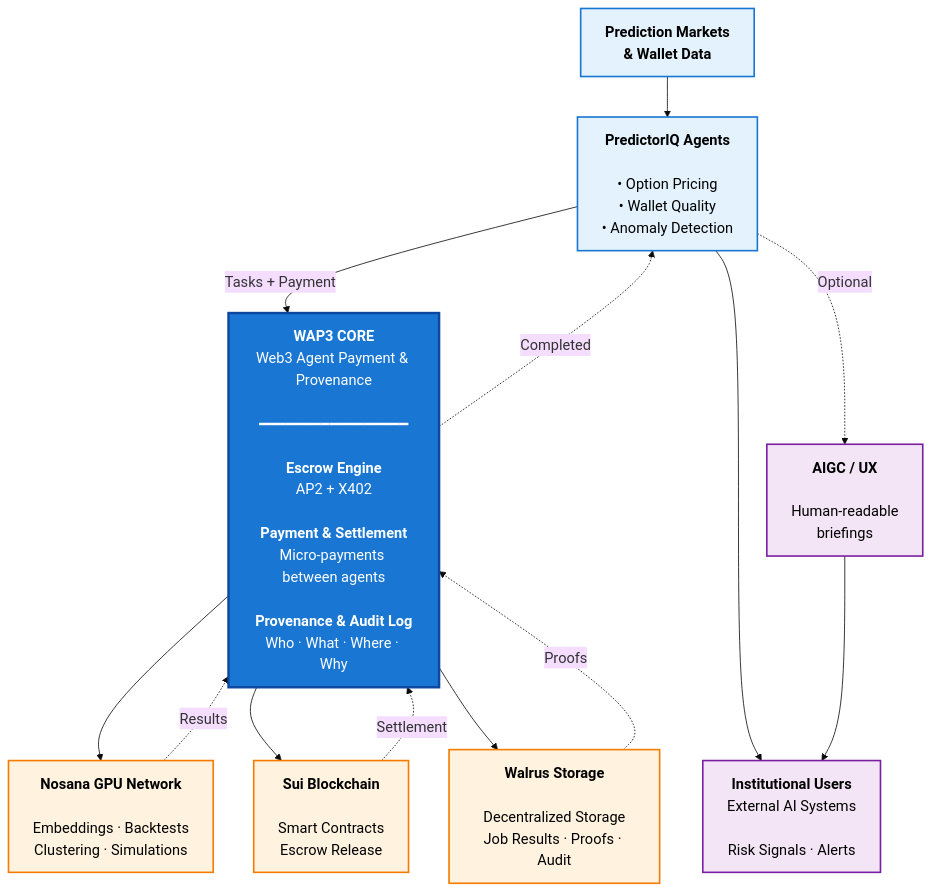
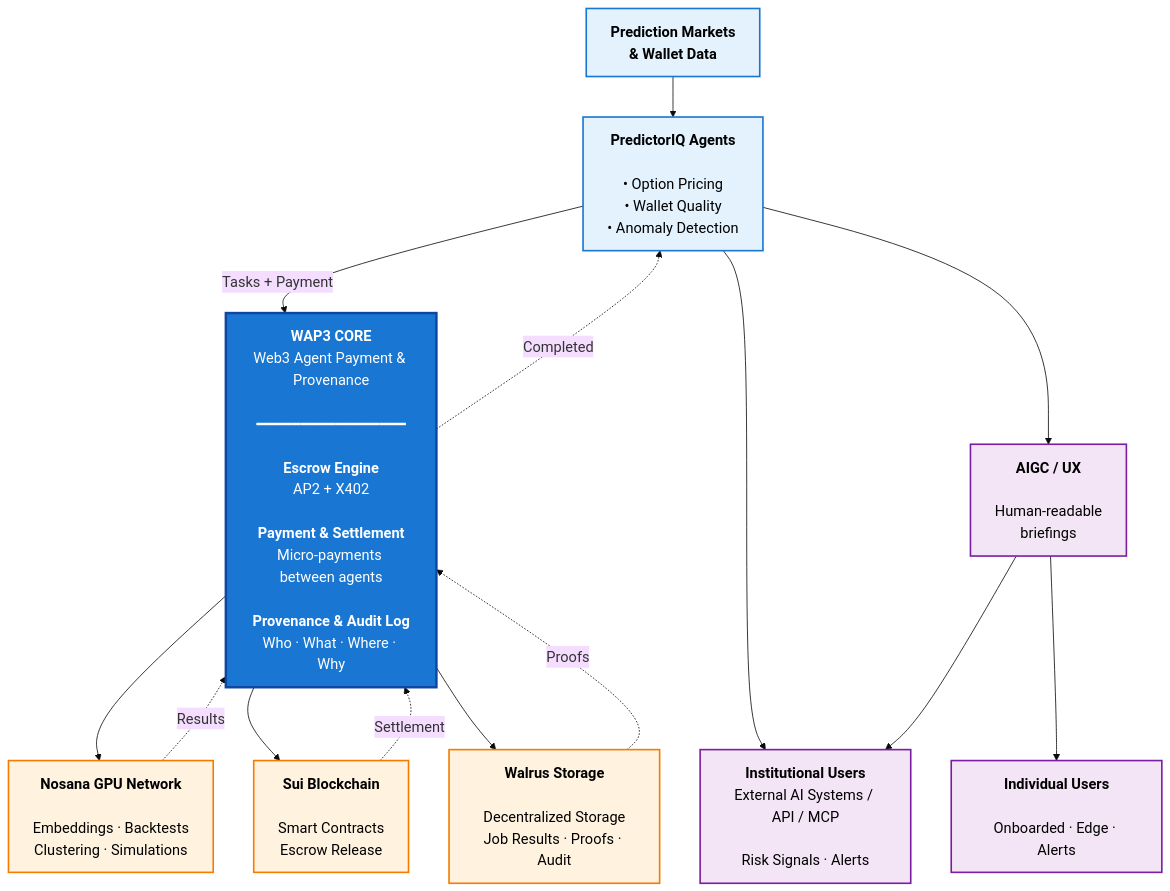
One commit to nelsonjingusc/wap3-agent-payment-poc changed the diagram in docs/ARCHITECTURE_OVERVIEW.md. Above: the diagram before and after it, drawn with Mermaid. The commit also changed 3 other files, not shown here.

````diff
--- a/docs/ARCHITECTURE_OVERVIEW.md
+++ b/docs/ARCHITECTURE_OVERVIEW.md
@@ -9,35 +9,36 @@
 ```mermaid
 %%{init: {'theme':'base', 'themeVariables': { 'fontSize':'18px', 'fontFamily':'arial'}}}%%
 flowchart TD
     %% Define styles
     classDef product fill:#e3f2fd,stroke:#1976d2,stroke-width:2px,color:#000
     classDef wap3 fill:#1976d2,stroke:#0d47a1,stroke-width:3px,color:#fff
     classDef infra fill:#fff3e0,stroke:#f57c00,stroke-width:2px,color:#000
     classDef user fill:#f3e5f5,stroke:#7b1fa2,stroke-width:2px,color:#000
     
     %% Top Layer
     PM["<b>Prediction Markets<br/>& Wallet Data</b>"]:::product
     
     PM --> PA["<b>PredictorIQ Agents</b><br/><br/>• Option Pricing<br/>• Wallet Quality<br/>• Anomaly Detection"]:::product
     
     %% Middle Layer - WAP3 Core
     PA -->|Tasks + Payment| WAP3["<b>WAP3 CORE</b><br/>Web3 Agent Payment & Provenance<br/><br/>━━━━━━━━━━━━━━━━━<br/><br/><b>Escrow Engine</b><br/>AP2 + X402<br/><br/><b>Payment & Settlement</b><br/>Micro-payments between agents<br/><br/><b>Provenance & Audit Log</b><br/>Who · What · Where · Why"]:::wap3
     
     %% Bottom Layer - Infrastructure
     WAP3 --> NOSANA["<b>Nosana GPU Network</b><br/><br/>Embeddings · Backtests<br/>Clustering · Simulations"]:::infra
     WAP3 --> CHAIN["<b>Sui Blockchain</b><br/><br/>Smart Contracts<br/>Escrow Release"]:::infra
     WAP3 --> STORE["<b>Walrus Storage</b><br/><br/>Decentralized Storage<br/>Job Results · Proofs · Audit"]:::infra
     
     %% Return flows
     NOSANA -.Results.-> WAP3
     CHAIN -.Settlement.-> WAP3
     STORE -.Proofs.-> WAP3
     
     %% Output to users
     WAP3 -.Completed.-> PA
-    PA --> USERS["<b>Institutional Users</b><br/>External AI Systems<br/><br/>Risk Signals · Alerts"]:::user
+    PA --> INST["<b>Institutional Users</b><br/>External AI Systems / API / MCP<br/><br/>Risk Signals · Alerts"]:::user
     
-    %% Optional AIGC
-    PA -.Optional.-> AIGC["<b>AIGC / UX</b><br/><br/>Human-readable<br/>briefings"]:::user
-    AIGC --> USERS
+    %% AIGC/UX for individual users
+    PA --> AIGC["<b>AIGC / UX</b><br/><br/>Human-readable<br/>briefings"]:::user
+    AIGC --> INST
+    AIGC --> INDIV["<b>Individual Users</b><br/><br/>Onboarded · Edge · Alerts"]:::user
 ```
````
